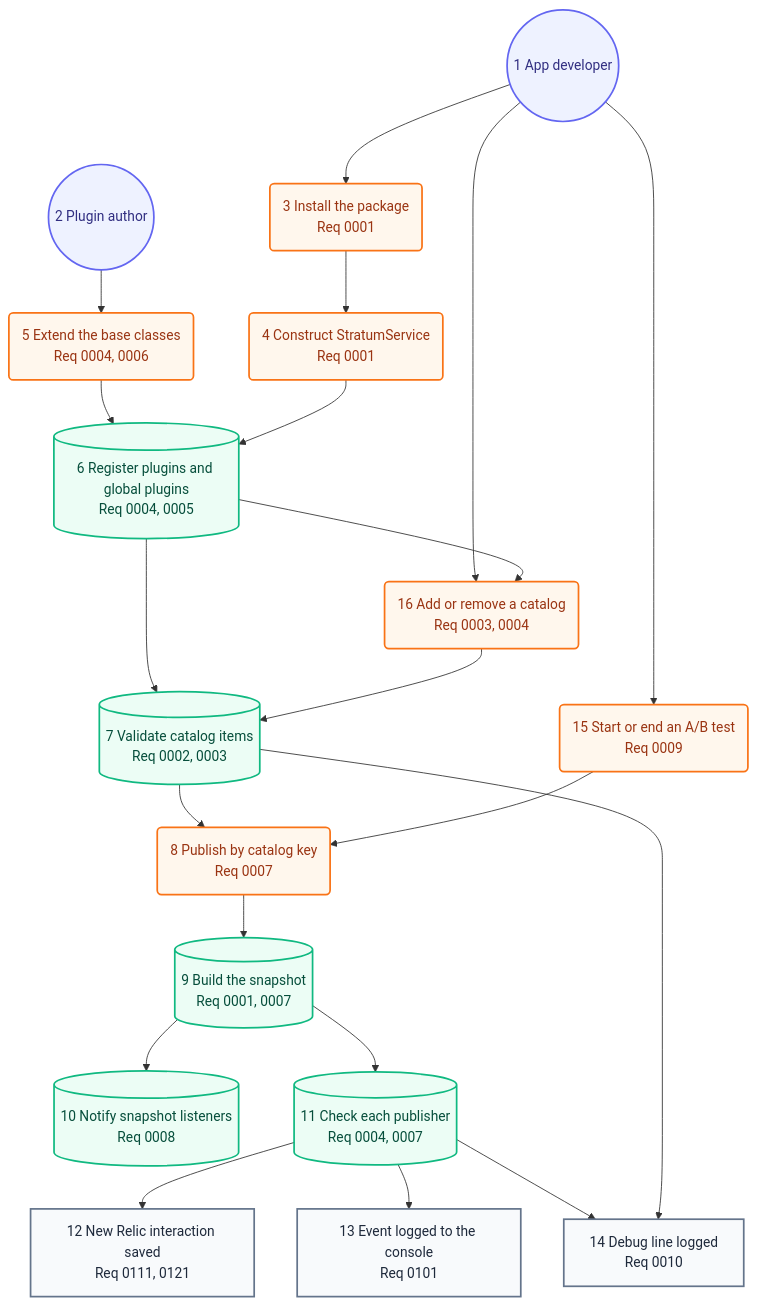
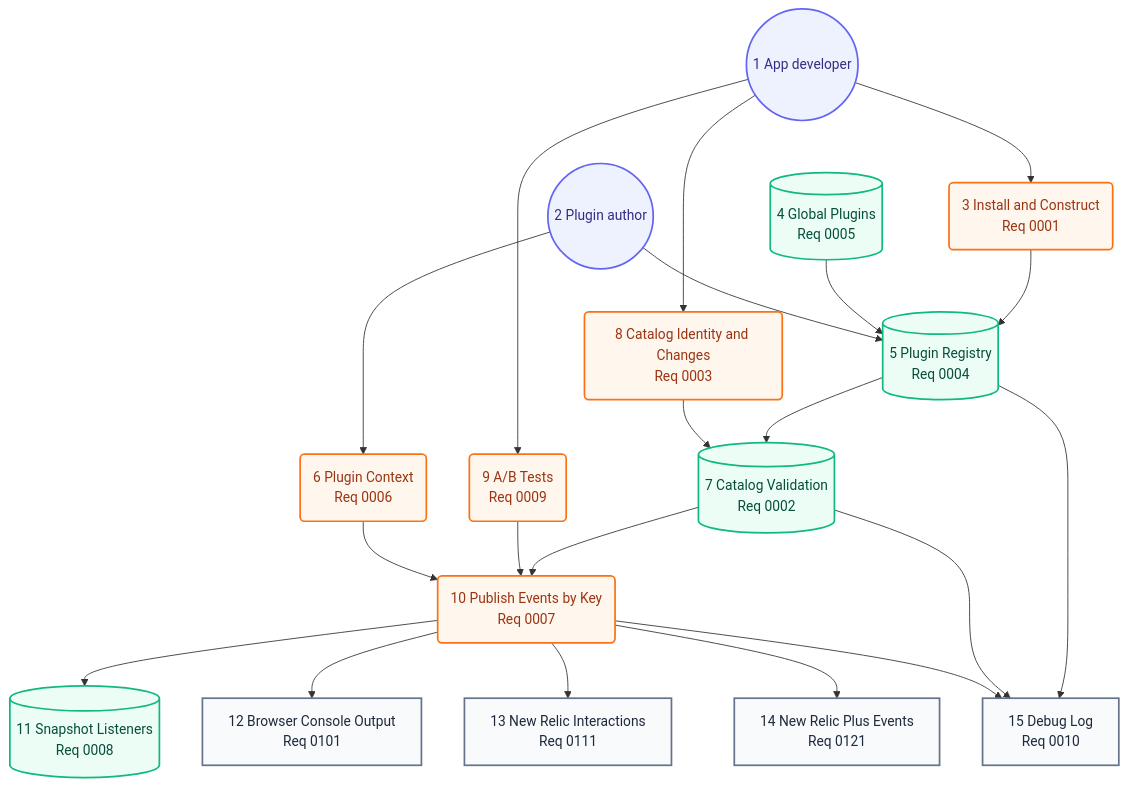
The second of 2 diagrams in docs/architecture/05-user-journey.md (may-journal/Stratum-Observability), drawn with Mermaid before and after one commit. The commit also changed other lines of this file and 10 other files, not shown here.

First line of the commit message:
docs(architecture): keep each view to its diagram and callout table

````diff
--- a/docs/architecture/05-user-journey.md
+++ b/docs/architecture/05-user-journey.md
@@ -31,44 +33,43 @@
 ```mermaid
 flowchart TB
     developer((1 App developer)):::persona
     pluginAuthor((2 Plugin author)):::persona
-    install(3 Install the package<br/>Req 0001):::action
-    construct(4 Construct StratumService<br/>Req 0001):::action
-    writePlugin(5 Extend the base classes<br/>Req 0004, 0006):::action
-    registerPlugins[(6 Register plugins and global plugins<br/>Req 0004, 0005)]:::system
-    validate[(7 Validate catalog items<br/>Req 0002, 0003)]:::system
-    publish(8 Publish by catalog key<br/>Req 0007):::action
-    snapshot[(9 Build the snapshot<br/>Req 0001, 0007)]:::system
-    listeners[(10 Notify snapshot listeners<br/>Req 0008)]:::system
-    dispatch[(11 Check each publisher<br/>Req 0004, 0007)]:::system
-    newRelicOut[12 New Relic interaction saved<br/>Req 0111, 0121]:::screen
-    consoleOut[13 Event logged to the console<br/>Req 0101]:::screen
-    debugOut[14 Debug line logged<br/>Req 0010]:::screen
-    abTest(15 Start or end an A/B test<br/>Req 0009):::action
-    changeCatalog(16 Add or remove a catalog<br/>Req 0003, 0004):::action
+    construct(3 Install and Construct<br/>Req 0001):::action
+    globalPlugins[(4 Global Plugins<br/>Req 0005)]:::system
+    registry[(5 Plugin Registry<br/>Req 0004)]:::system
+    context(6 Plugin Context<br/>Req 0006):::action
+    validation[(7 Catalog Validation<br/>Req 0002)]:::system
+    changes(8 Catalog Identity and Changes<br/>Req 0003):::action
+    abTests(9 A/B Tests<br/>Req 0009):::action
+    publish(10 Publish Events by Key<br/>Req 0007):::action
+    listeners[(11 Snapshot Listeners<br/>Req 0008)]:::system
+    console[12 Browser Console Output<br/>Req 0101]:::screen
+    newRelic[13 New Relic Interactions<br/>Req 0111]:::screen
+    newRelicPlus[14 New Relic Plus Events<br/>Req 0121]:::screen
+    debug[15 Debug Log<br/>Req 0010]:::screen
 
-    developer --> install
-    install --> construct
-    pluginAuthor --> writePlugin
-    writePlugin --> registerPlugins
-    construct --> registerPlugins
-    registerPlugins --> validate
-    validate --> publish
-    abTest --> publish
-    developer --> abTest
-    developer --> changeCatalog
-    registerPlugins --> changeCatalog
-    changeCatalog --> validate
-    publish --> snapshot
-    snapshot --> listeners
-    snapshot --> dispatch
-    dispatch --> newRelicOut
-    dispatch --> consoleOut
-    dispatch --> debugOut
-    validate --> debugOut
+    developer --> construct
+    construct --> registry
+    globalPlugins --> registry
+    pluginAuthor --> registry
+    pluginAuthor --> context
+    registry --> validation
+    developer --> changes
+    changes --> validation
+    validation --> publish
+    developer --> abTests
+    abTests --> publish
+    context --> publish
+    publish --> listeners
+    publish --> console
+    publish --> newRelic
+    publish --> newRelicPlus
+    registry --> debug
+    validation --> debug
+    publish --> debug
 
     classDef persona fill:#eef2ff,stroke:#6366f1,color:#312e81,stroke-width:2px
     classDef screen fill:#f8fafc,stroke:#64748b,color:#1e293b,stroke-width:2px
     classDef action fill:#fff7ed,stroke:#f97316,color:#9a3412,stroke-width:2px
     classDef system fill:#ecfdf5,stroke:#10b981,color:#064e3b,stroke-width:2px
 ```
````
